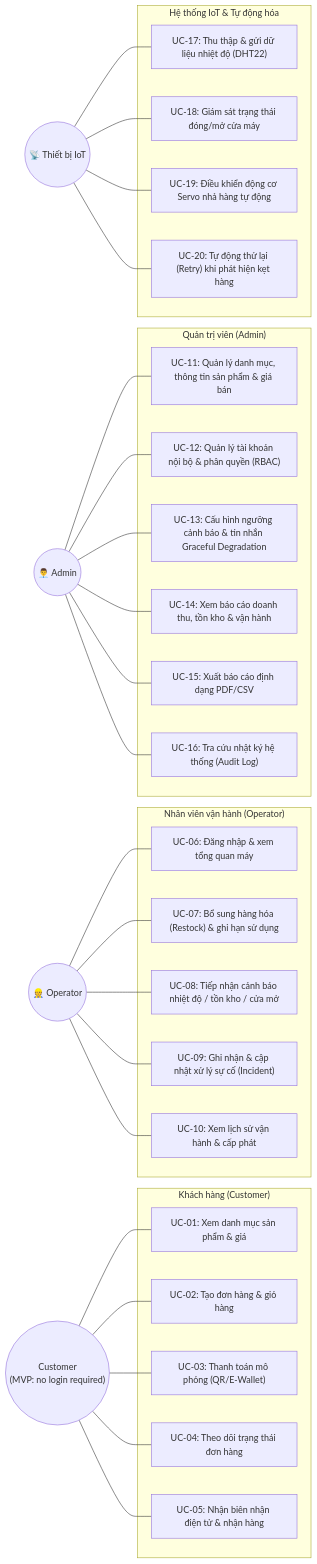
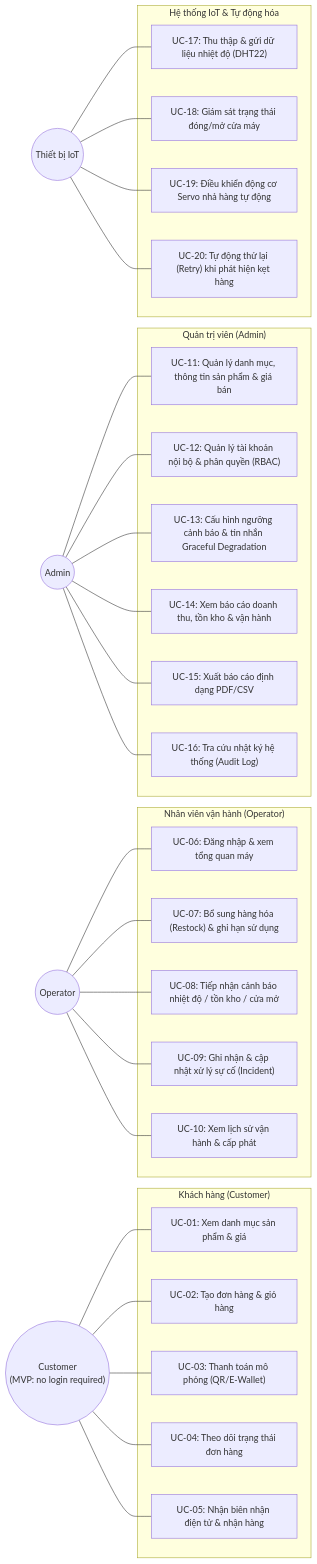
The diagram in diagrams/diagram_01_use_case.mmd (nguyenxuanhieu2903/Freshvend-test), drawn with Mermaid before and after one commit. The commit also changed 2 other files, not shown here.

Commit message:
Remove diagram icons and document Docker usage

```diff
--- a/diagrams/diagram_01_use_case.mmd
+++ b/diagrams/diagram_01_use_case.mmd
@@ -1,61 +1,61 @@
 flowchart LR
     Customer(("Customer<br/>(MVP: no login required)"))
-    Operator(("👷 Operator"))
-    Admin(("👨‍💼 Admin"))
-    IoT(("📡 Thiết bị IoT"))
+    Operator(("Operator"))
+    Admin(("Admin"))
+    IoT(("Thiết bị IoT"))
 
     subgraph UC_Customer["Khách hàng (Customer)"]
         UC1["UC-01: Xem danh mục sản phẩm & giá"]
         UC2["UC-02: Tạo đơn hàng & giỏ hàng"]
         UC3["UC-03: Thanh toán mô phỏng (QR/E-Wallet)"]
         UC4["UC-04: Theo dõi trạng thái đơn hàng"]
         UC5["UC-05: Nhận biên nhận điện tử & nhận hàng"]
     end
 
     subgraph UC_Operator["Nhân viên vận hành (Operator)"]
         UC6["UC-06: Đăng nhập & xem tổng quan máy"]
         UC7["UC-07: Bổ sung hàng hóa (Restock) & ghi hạn sử dụng"]
         UC8["UC-08: Tiếp nhận cảnh báo nhiệt độ / tồn kho / cửa mở"]
         UC9["UC-09: Ghi nhận & cập nhật xử lý sự cố (Incident)"]
         UC10["UC-10: Xem lịch sử vận hành & cấp phát"]
     end
 
     subgraph UC_Admin["Quản trị viên (Admin)"]
         UC11["UC-11: Quản lý danh mục, thông tin sản phẩm & giá bán"]
         UC12["UC-12: Quản lý tài khoản nội bộ & phân quyền (RBAC)"]
         UC13["UC-13: Cấu hình ngưỡng cảnh báo & tin nhắn Graceful Degradation"]
         UC14["UC-14: Xem báo cáo doanh thu, tồn kho & vận hành"]
         UC15["UC-15: Xuất báo cáo định dạng PDF/CSV"]
         UC16["UC-16: Tra cứu nhật ký hệ thống (Audit Log)"]
     end
 
     subgraph UC_IoT["Hệ thống IoT & Tự động hóa"]
         UC17["UC-17: Thu thập & gửi dữ liệu nhiệt độ (DHT22)"]
         UC18["UC-18: Giám sát trạng thái đóng/mở cửa máy"]
         UC19["UC-19: Điều khiển động cơ Servo nhả hàng tự động"]
         UC20["UC-20: Tự động thử lại (Retry) khi phát hiện kẹt hàng"]
     end
 
     Customer --- UC1
     Customer --- UC2
     Customer --- UC3
     Customer --- UC4
     Customer --- UC5
 
     Operator --- UC6
     Operator --- UC7
     Operator --- UC8
     Operator --- UC9
     Operator --- UC10
 
     Admin --- UC11
     Admin --- UC12
     Admin --- UC13
     Admin --- UC14
     Admin --- UC15
     Admin --- UC16
 
     IoT --- UC17
     IoT --- UC18
     IoT --- UC19
     IoT --- UC20
```
